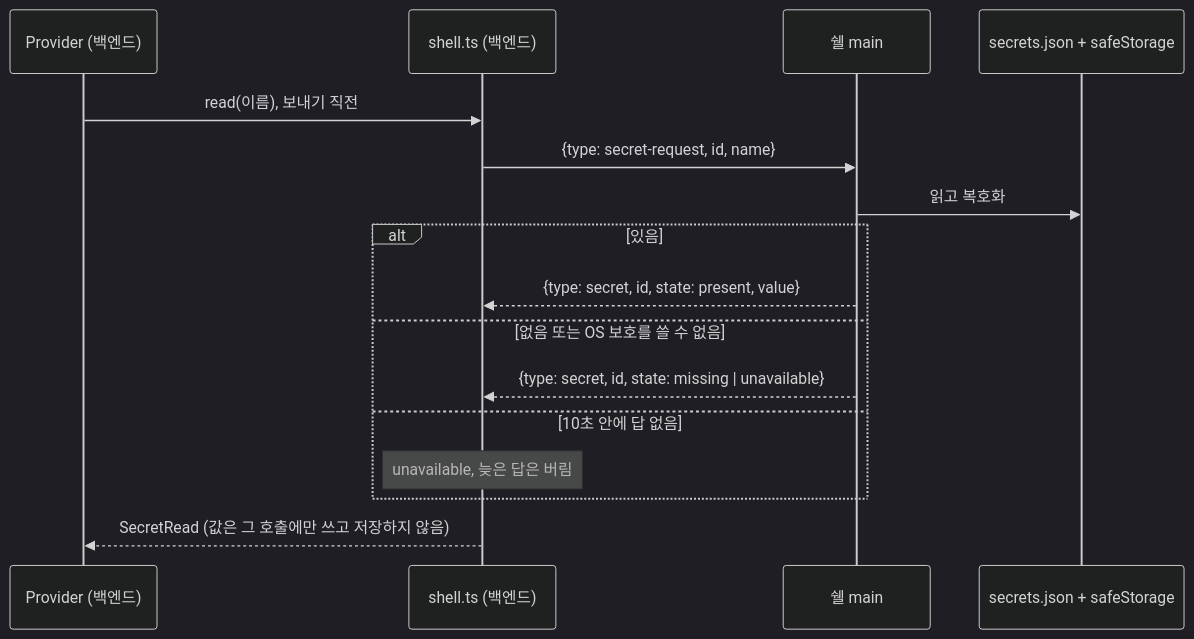
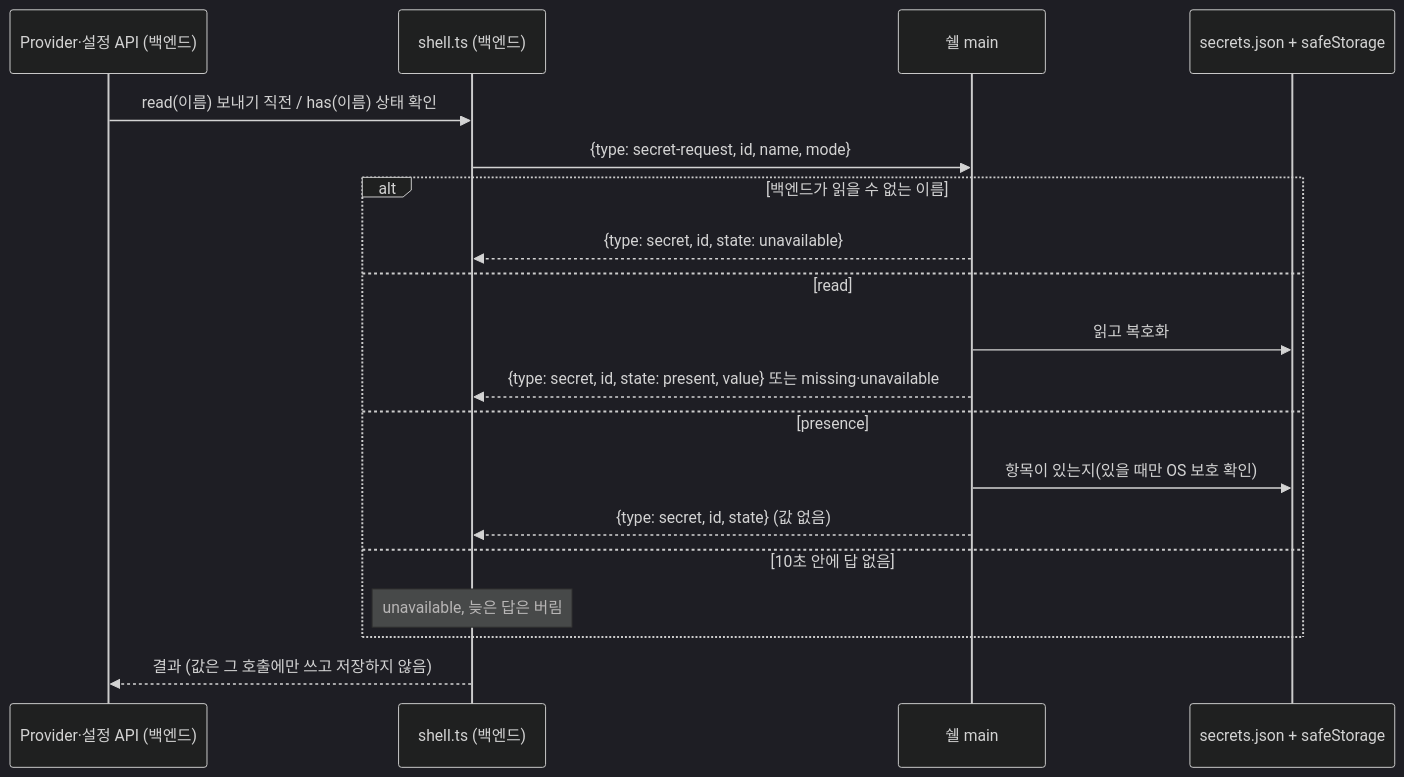
The fifth of 5 diagrams in docs/specs/2026-11-21-V01-vertical-skeleton.md (nohdol97/PKI), drawn with Mermaid (dark theme) before and after one commit. The commit also changed other lines of this file and 32 other files, not shown here.

````diff
--- a/docs/specs/2026-11-21-V01-vertical-skeleton.md
+++ b/docs/specs/2026-11-21-V01-vertical-skeleton.md
@@ -330,18 +330,21 @@
    ```mermaid
    sequenceDiagram
-     participant P as Provider (백엔드)
+     participant P as Provider·설정 API (백엔드)
      participant B as shell.ts (백엔드)
      participant M as 쉘 main
      participant S as secrets.json + safeStorage
-     P->>B: read(이름), 보내기 직전
-     B->>M: {type: secret-request, id, name}
-     M->>S: 읽고 복호화
-     alt 있음
-       M-->>B: {type: secret, id, state: present, value}
-     else 없음 또는 OS 보호를 쓸 수 없음
-       M-->>B: {type: secret, id, state: missing | unavailable}
+     P->>B: read(이름) 보내기 직전 / has(이름) 상태 확인
+     B->>M: {type: secret-request, id, name, mode}
+     alt 백엔드가 읽을 수 없는 이름
+       M-->>B: {type: secret, id, state: unavailable}
+     else read
+       M->>S: 읽고 복호화
+       M-->>B: {type: secret, id, state: present, value} 또는 missing·unavailable
+     else presence
+       M->>S: 항목이 있는지(있을 때만 OS 보호 확인)
+       M-->>B: {type: secret, id, state} (값 없음)
      else 10초 안에 답 없음
        Note over B: unavailable, 늦은 답은 버림
      end
-     B-->>P: SecretRead (값은 그 호출에만 쓰고 저장하지 않음)
+     B-->>P: 결과 (값은 그 호출에만 쓰고 저장하지 않음)
    ```
````
